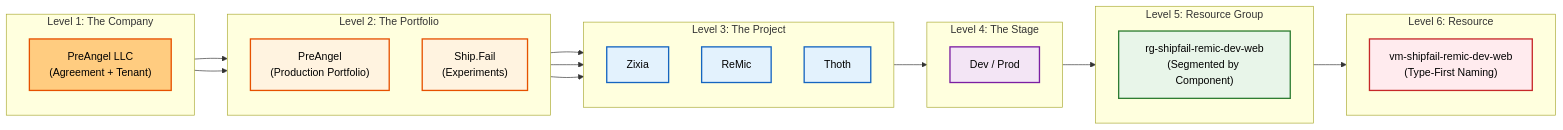
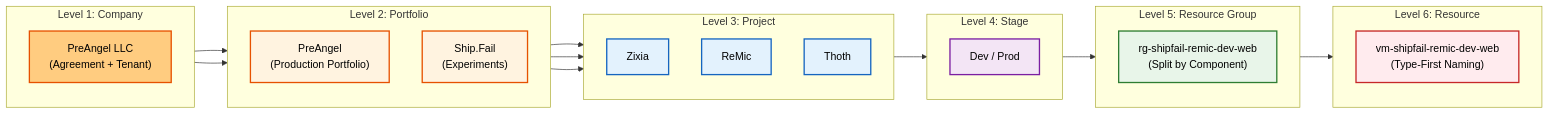
Before and after one commit to wechaty/jekyll: the diagram in jekyll/_posts/2025-11-29-vibe-coding-cloud-protocol.md, drawn with Mermaid. The commit also changed other lines of this file, not shown here.

````diff
--- a/jekyll/_posts/2025-11-29-vibe-coding-cloud-protocol.md
+++ b/jekyll/_posts/2025-11-29-vibe-coding-cloud-protocol.md
@@ -58,53 +58,53 @@
 ```mermaid
 graph LR
     %% Styling
     classDef l1 fill:#ffcc80,stroke:#e65100,stroke-width:2px,color:black
     classDef l2 fill:#fff3e0,stroke:#e65100,stroke-width:2px,color:black
     classDef l3 fill:#e3f2fd,stroke:#1565c0,stroke-width:2px,color:black
     classDef l4 fill:#f3e5f5,stroke:#7b1fa2,stroke-width:2px,color:black
     classDef l5 fill:#e8f5e9,stroke:#2e7d32,stroke-width:2px,color:black
     classDef l6 fill:#ffebee,stroke:#c62828,stroke-width:2px,color:black
 
-    subgraph Level1 ["Level 1: The Company"]
+    subgraph Level1 ["Level 1: Company"]
         direction TB
         Root["PreAngel LLC<br/>(Agreement + Tenant)"]:::l1
     end
 
-    subgraph Level2 ["Level 2: The Portfolio"]
+    subgraph Level2 ["Level 2: Portfolio"]
         direction TB
         Umb1["PreAngel<br/>(Production Portfolio)"]:::l2
         Umb2["Ship.Fail<br/>(Experiments)"]:::l2
     end
 
-    subgraph Level3 ["Level 3: The Project"]
+    subgraph Level3 ["Level 3: Project"]
         direction TB
         Prj1["Zixia"]:::l3
         Prj2["ReMic"]:::l3
         Prj3["Thoth"]:::l3
     end
 
-    subgraph Level4 ["Level 4: The Stage"]
+    subgraph Level4 ["Level 4: Stage"]
         direction TB
         Env["Dev / Prod"]:::l4
     end
 
     subgraph Level5 ["Level 5: Resource Group"]
         direction TB
-        RG["rg-shipfail-remic-dev-web<br/>(Segmented by Component)"]:::l5
+        RG["rg-shipfail-remic-dev-web<br/>(Split by Component)"]:::l5
     end
 
     subgraph Level6 ["Level 6: Resource"]
         direction TB
         Res["vm-shipfail-remic-dev-web<br/>(Type-First Naming)"]:::l6
     end
 
     %% Connections
     Root --> Umb1 & Umb2
     Umb1 --> Prj1
     Umb2 --> Prj2 & Prj3
     
     %% Focus on one path to keep it readable
     Prj2 --> Env
     Env --> RG
     RG --> Res
 ```
````
